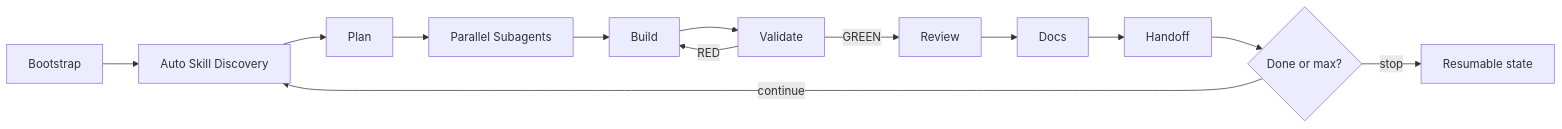
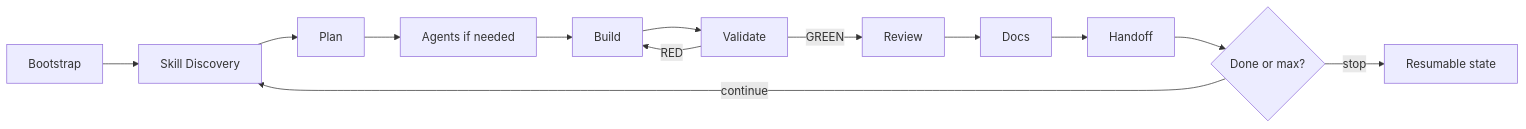
One commit to AnupDangi/Claude-Master-Setup changed the diagram in README.md. Above: the diagram before and after it, drawn with Mermaid. The commit also changed other lines of this file and 19 other files, not shown here.

````diff
--- a/README.md
+++ b/README.md
@@ -50,15 +56,15 @@
 ```mermaid
 flowchart LR
-  B[Bootstrap] --> S[Auto Skill Discovery]
+  B[Bootstrap] --> S[Skill Discovery]
   S --> P[Plan]
-  P --> A[Parallel Subagents]
+  P --> A[Agents if needed]
   A --> Build[Build]
   Build --> V[Validate]
   V -->|RED| Build
   V -->|GREEN| R[Review]
   R --> D[Docs]
   D --> H[Handoff]
   H --> N{Done or max?}
   N -->|continue| S
   N -->|stop| X[Resumable state]
 ```
````
